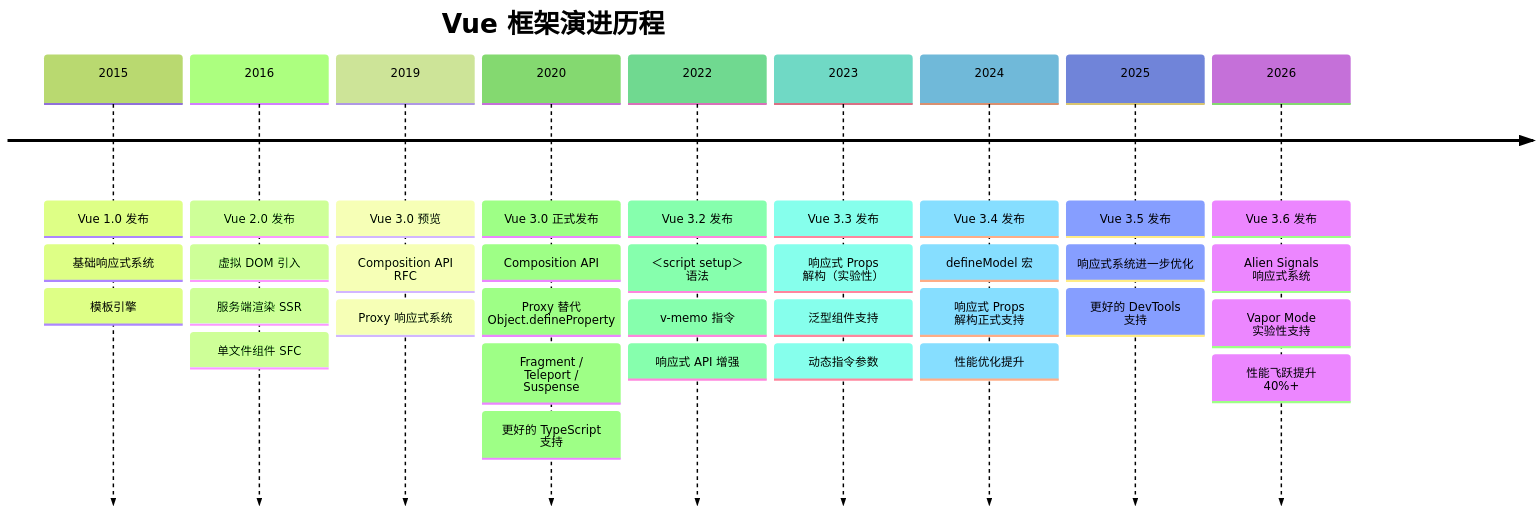
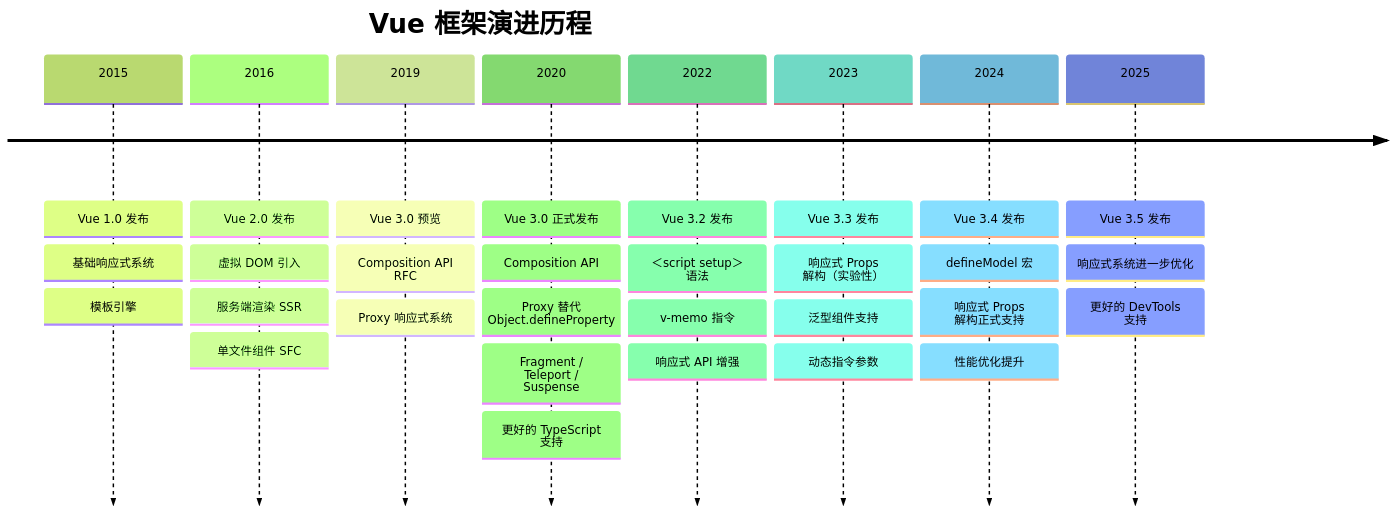
One commit to KMaybe01/common changed diagram 39 of 46 in S2-框架深入/02-Vue3.md. Above: the diagram before and after it, drawn with Mermaid (forest theme). The commit also changed other lines of this file and 51 other files, not shown here.

````diff
--- a/S2-框架深入/02-Vue3.md
+++ b/S2-框架深入/02-Vue3.md
@@ -2714,38 +2651,34 @@
 ```mermaid
 timeline
     title Vue 框架演进历程
     2015 : Vue 1.0 发布
          : 基础响应式系统
          : 模板引擎
     2016 : Vue 2.0 发布
          : 虚拟 DOM 引入
          : 服务端渲染 SSR
          : 单文件组件 SFC
     2019 : Vue 3.0 预览
          : Composition API RFC
          : Proxy 响应式系统
     2020 : Vue 3.0 正式发布
          : Composition API
          : Proxy 替代 Object.defineProperty
          : Fragment / Teleport / Suspense
          : 更好的 TypeScript 支持
     2022 : Vue 3.2 发布
          : ＜script setup＞ 语法
          : v-memo 指令
          : 响应式 API 增强
     2023 : Vue 3.3 发布
          : 响应式 Props 解构（实验性）
          : 泛型组件支持
          : 动态指令参数
     2024 : Vue 3.4 发布
          : defineModel 宏
          : 响应式 Props 解构正式支持
          : 性能优化提升
-    2025 : Vue 3.5 发布
-         : 响应式系统进一步优化
-         : 更好的 DevTools 支持
-    2026 : Vue 3.6 发布
-         : Alien Signals 响应式系统
-         : Vapor Mode 实验性支持
-         : 性能飞跃提升 40%+
+     2025 : Vue 3.5 发布
+          : 响应式系统进一步优化
+          : 更好的 DevTools 支持
 ```
````
